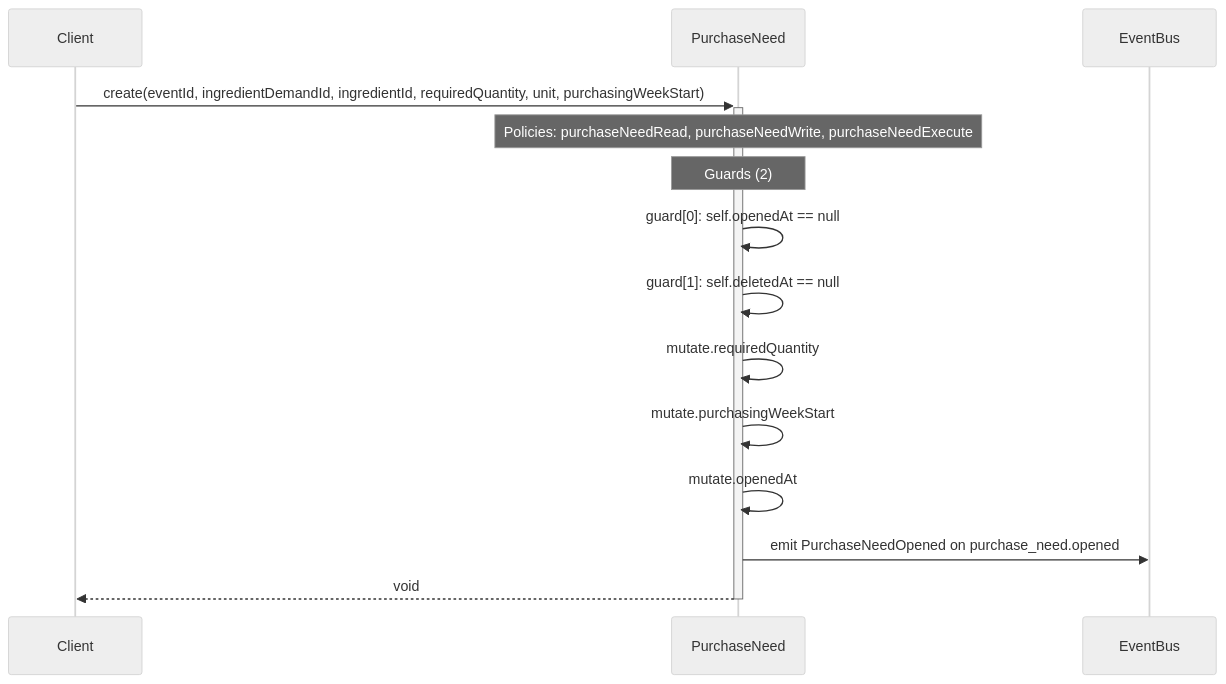
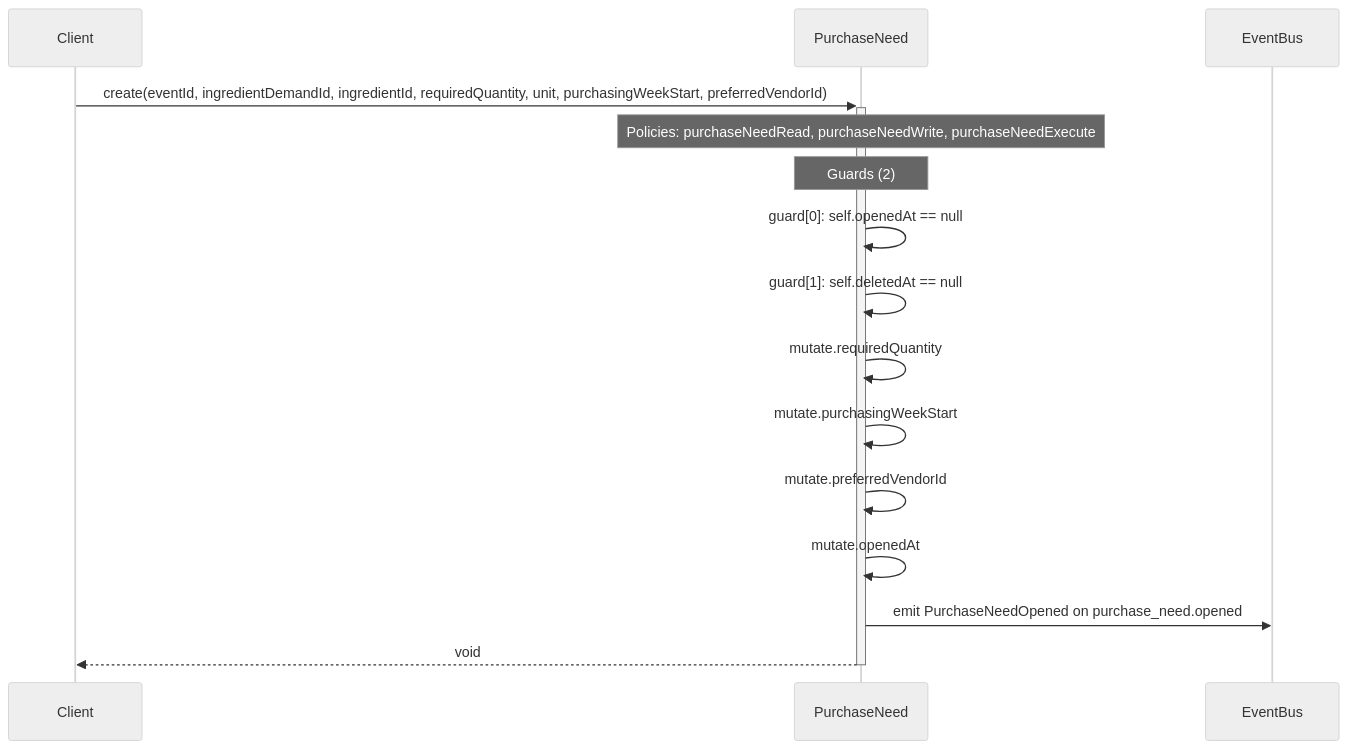
One commit to Angriff36/capsule changed the diagram in diagrams/sequence-PurchaseNeed-create.mmd. Above: the diagram before and after it, drawn with Mermaid (neutral theme). The commit also changed 690 other files, not shown here.

```diff
--- a/diagrams/sequence-PurchaseNeed-create.mmd
+++ b/diagrams/sequence-PurchaseNeed-create.mmd
@@ -1,14 +1,15 @@
 sequenceDiagram
     participant Client
     participant PurchaseNeed as PurchaseNeed
     participant EventBus
-    Client->>+PurchaseNeed: create(eventId, ingredientDemandId, ingredientId, requiredQuantity, unit, purchasingWeekStart)
+    Client->>+PurchaseNeed: create(eventId, ingredientDemandId, ingredientId, requiredQuantity, unit, purchasingWeekStart, preferredVendorId)
     Note over PurchaseNeed: Policies: purchaseNeedRead, purchaseNeedWrite, purchaseNeedExecute
     Note over PurchaseNeed: Guards (2)
     PurchaseNeed->>PurchaseNeed: guard[0]: self.openedAt == null
     PurchaseNeed->>PurchaseNeed: guard[1]: self.deletedAt == null
     PurchaseNeed->>PurchaseNeed: mutate.requiredQuantity
     PurchaseNeed->>PurchaseNeed: mutate.purchasingWeekStart
+    PurchaseNeed->>PurchaseNeed: mutate.preferredVendorId
     PurchaseNeed->>PurchaseNeed: mutate.openedAt
     PurchaseNeed->>EventBus: emit PurchaseNeedOpened on purchase_need.opened
     PurchaseNeed-->>-Client: void
```
